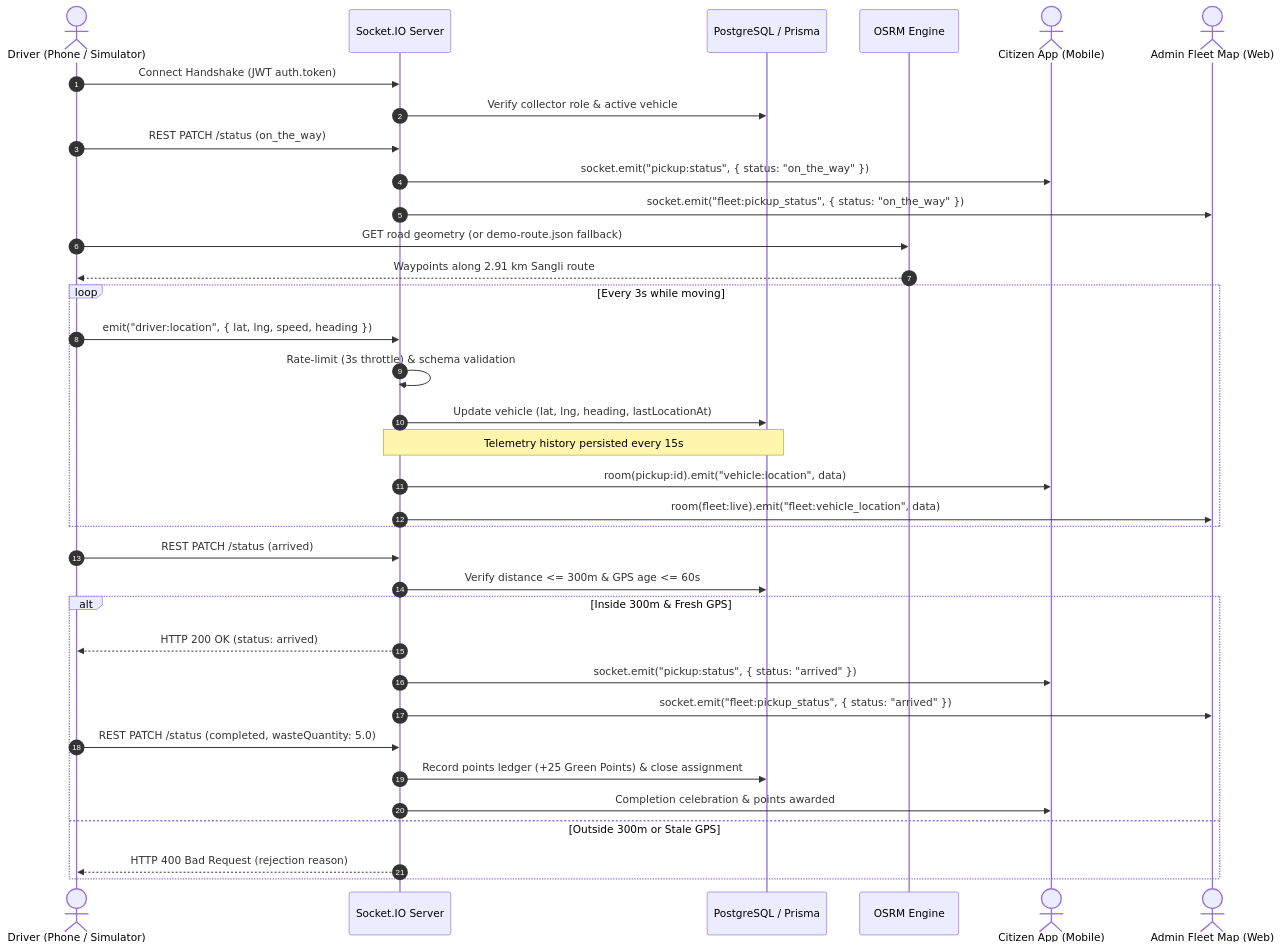
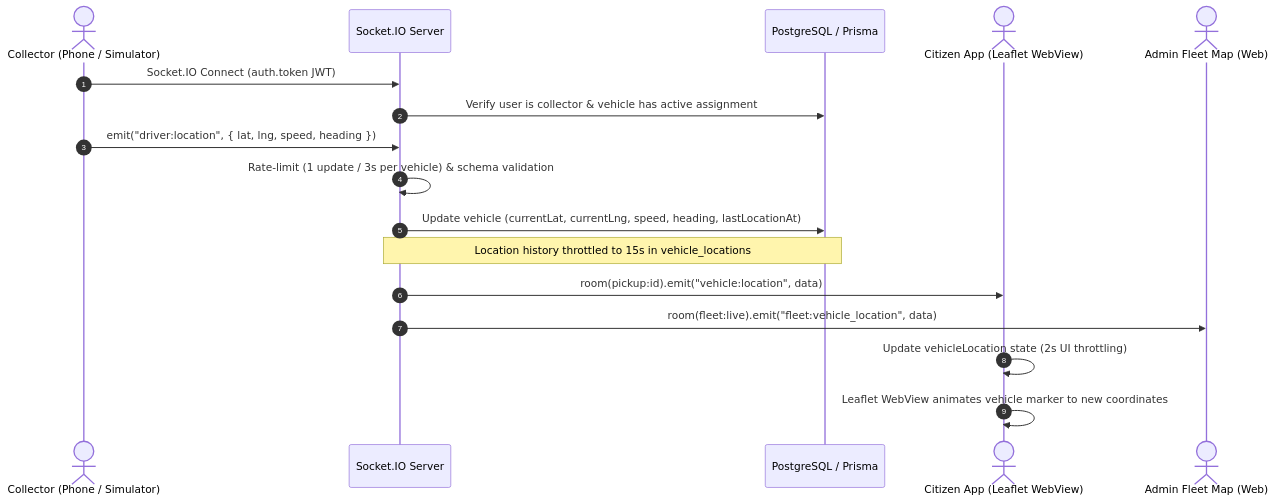
Before and after one commit to Ash-718/smart-waste-pickup-rewards: the diagram in README.md, drawn with Mermaid. The commit also changed other lines of this file, not shown here.

Commit message:
docs: update README for completed platform features

````diff
--- a/README.md
+++ b/README.md
@@ -660,38 +240,20 @@
 ```mermaid
 sequenceDiagram
     autonumber
-    actor Driver as Driver (Phone / Simulator)
+    actor Driver as Collector (Phone / Simulator)
     participant Socket as Socket.IO Server
     participant DB as PostgreSQL / Prisma
-    participant OSRM as OSRM Engine
-    actor Citizen as Citizen App (Mobile)
+    actor Citizen as Citizen App (Leaflet WebView)
     actor Admin as Admin Fleet Map (Web)
 
-    Driver->>Socket: Connect Handshake (JWT auth.token)
-    Socket->>DB: Verify collector role & active vehicle
-    Driver->>Socket: REST PATCH /status (on_the_way)
-    Socket->>Citizen: socket.emit("pickup:status", { status: "on_the_way" })
-    Socket->>Admin: socket.emit("fleet:pickup_status", { status: "on_the_way" })
-    Driver->>OSRM: GET road geometry (or demo-route.json fallback)
-    OSRM-->>Driver: Waypoints along 2.91 km Sangli route
-    loop Every 3s while moving
-        Driver->>Socket: emit("driver:location", { lat, lng, speed, heading })
-        Socket->>Socket: Rate-limit (3s throttle) & schema validation
-        Socket->>DB: Update vehicle (lat, lng, heading, lastLocationAt)
-        Note over Socket,DB: Telemetry history persisted every 15s
-        Socket->>Citizen: room(pickup:id).emit("vehicle:location", data)
-        Socket->>Admin: room(fleet:live).emit("fleet:vehicle_location", data)
-    end
-    Driver->>Socket: REST PATCH /status (arrived)
-    Socket->>DB: Verify distance <= 300m & GPS age <= 60s
-    alt Inside 300m & Fresh GPS
-        Socket-->>Driver: HTTP 200 OK (status: arrived)
-        Socket->>Citizen: socket.emit("pickup:status", { status: "arrived" })
-        Socket->>Admin: socket.emit("fleet:pickup_status", { status: "arrived" })
-        Driver->>Socket: REST PATCH /status (completed, wasteQuantity: 5.0)
-        Socket->>DB: Record points ledger (+25 Green Points) & close assignment
-        Socket->>Citizen: Completion celebration & points awarded
-    else Outside 300m or Stale GPS
-        Socket-->>Driver: HTTP 400 Bad Request (rejection reason)
-    end
+    Driver->>Socket: Socket.IO Connect (auth.token JWT)
+    Socket->>DB: Verify user is collector & vehicle has active assignment
+    Driver->>Socket: emit("driver:location", { lat, lng, speed, heading })
+    Socket->>Socket: Rate-limit (1 update / 3s per vehicle) & schema validation
+    Socket->>DB: Update vehicle (currentLat, currentLng, speed, heading, lastLocationAt)
+    Note over Socket,DB: Location history throttled to 15s in vehicle_locations
+    Socket->>Citizen: room(pickup:id).emit("vehicle:location", data)
+    Socket->>Admin: room(fleet:live).emit("fleet:vehicle_location", data)
+    Citizen->>Citizen: Update vehicleLocation state (2s UI throttling)
+    Citizen->>Citizen: Leaflet WebView animates vehicle marker to new coordinates
 ```
````
